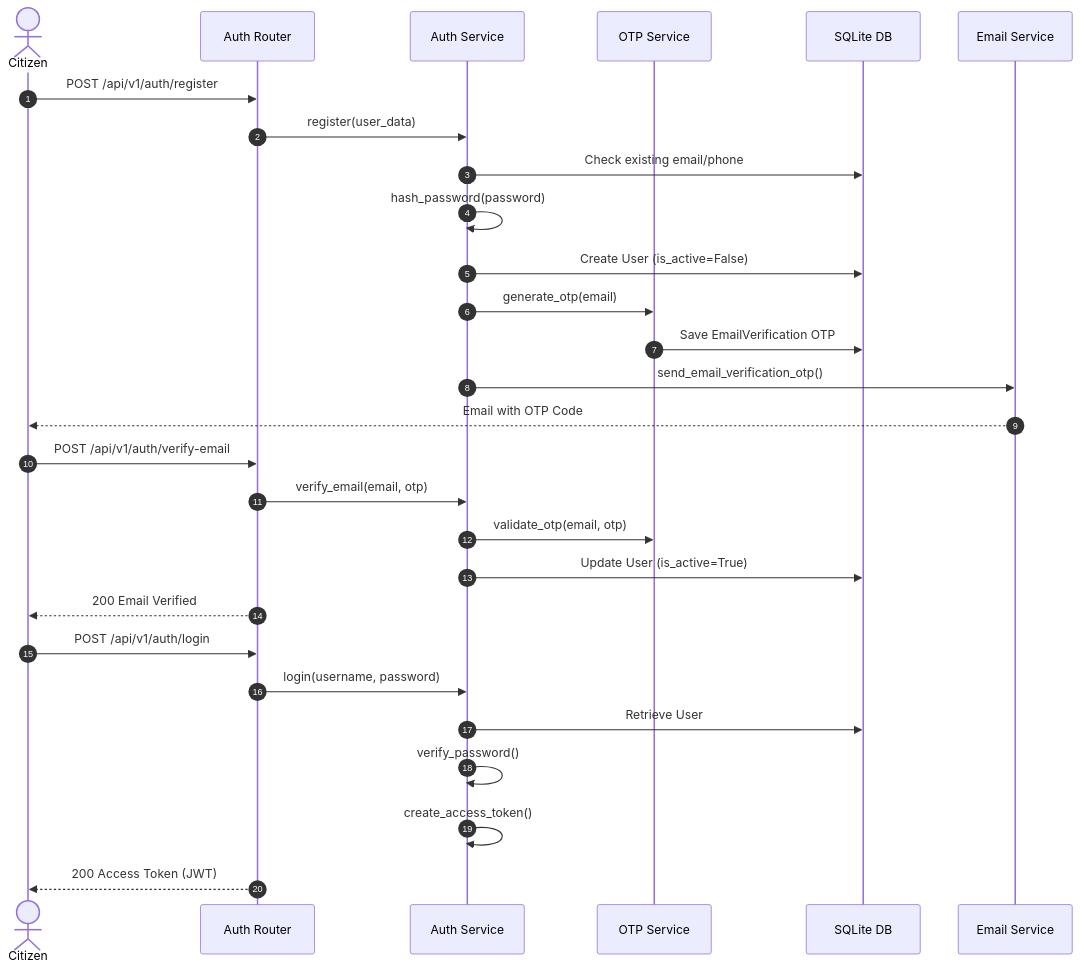
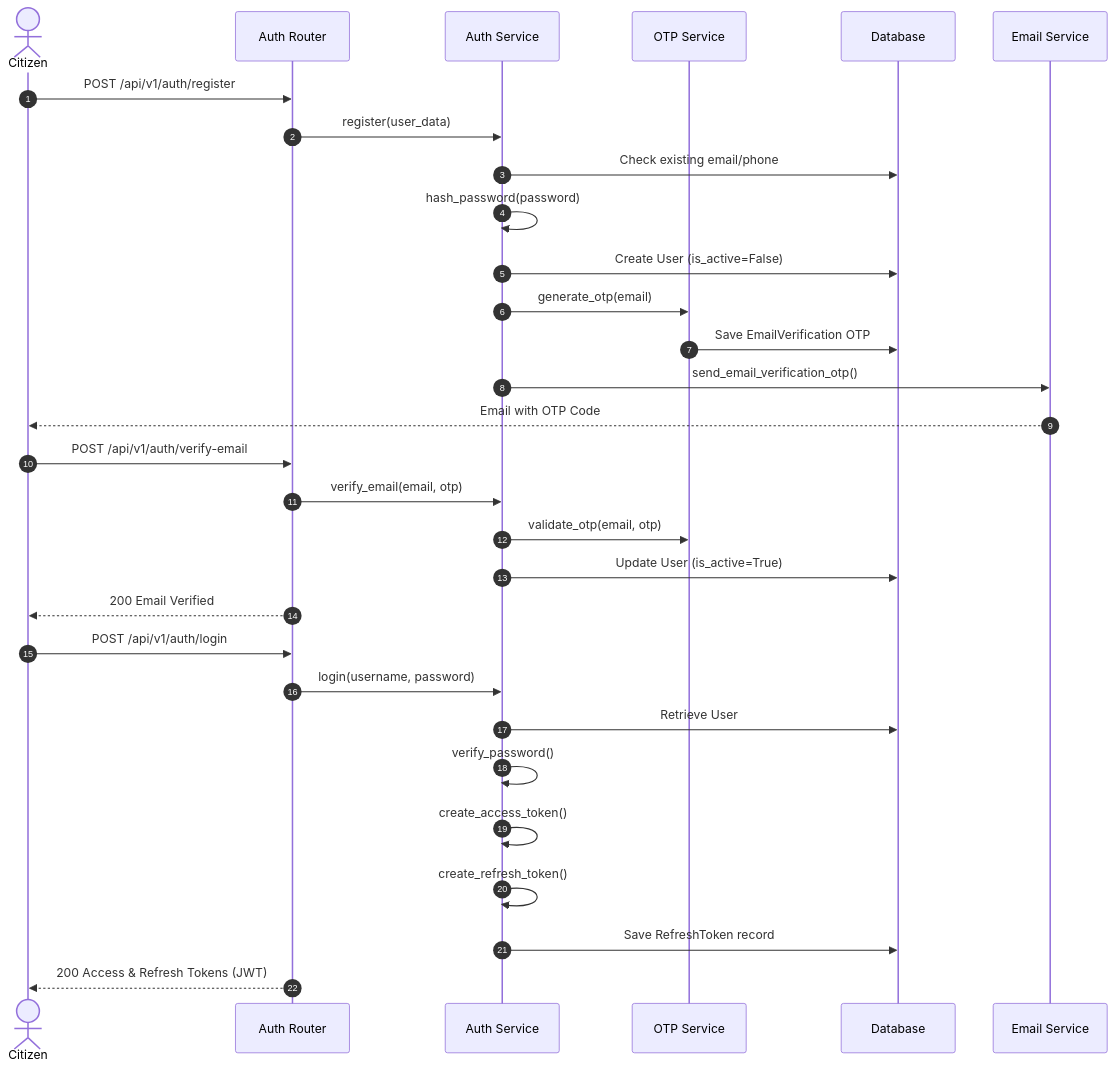
One commit to AbhishekVishwakarma2027/CSCRS changed the fifth of 18 diagrams in docs/ARCHITECTURE.md. Above: the diagram before and after it, drawn with Mermaid. The commit also changed other lines of this file and 5 other files, not shown here.

````diff
--- a/docs/ARCHITECTURE.md
+++ b/docs/ARCHITECTURE.md
@@ -149,33 +149,35 @@
 ```mermaid
 sequenceDiagram
     autonumber
     actor Citizen
     participant AuthAPI as Auth Router
     participant AuthSvc as Auth Service
     participant OTPSvc as OTP Service
-    participant DB as SQLite DB
+    participant DB as Database
     participant Email as Email Service
 
     Citizen->>AuthAPI: POST /api/v1/auth/register
     AuthAPI->>AuthSvc: register(user_data)
     AuthSvc->>DB: Check existing email/phone
     AuthSvc->>AuthSvc: hash_password(password)
     AuthSvc->>DB: Create User (is_active=False)
     AuthSvc->>OTPSvc: generate_otp(email)
     OTPSvc->>DB: Save EmailVerification OTP
     AuthSvc->>Email: send_email_verification_otp()
     Email-->>Citizen: Email with OTP Code
 
     Citizen->>AuthAPI: POST /api/v1/auth/verify-email
     AuthAPI->>AuthSvc: verify_email(email, otp)
     AuthSvc->>OTPSvc: validate_otp(email, otp)
     AuthSvc->>DB: Update User (is_active=True)
     AuthAPI-->>Citizen: 200 Email Verified
 
     Citizen->>AuthAPI: POST /api/v1/auth/login
     AuthAPI->>AuthSvc: login(username, password)
     AuthSvc->>DB: Retrieve User
     AuthSvc->>AuthSvc: verify_password()
     AuthSvc->>AuthSvc: create_access_token()
-    AuthAPI-->>Citizen: 200 Access Token (JWT)
+    AuthSvc->>AuthSvc: create_refresh_token()
+    AuthSvc->>DB: Save RefreshToken record
+    AuthAPI-->>Citizen: 200 Access & Refresh Tokens (JWT)
 ```
````
